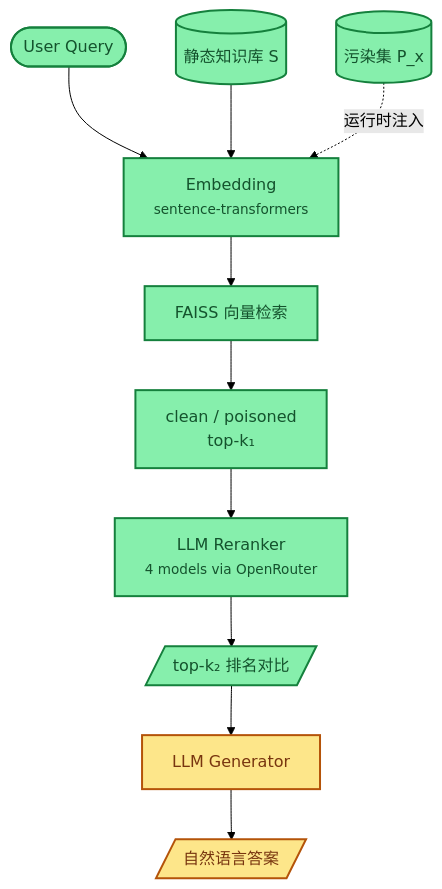
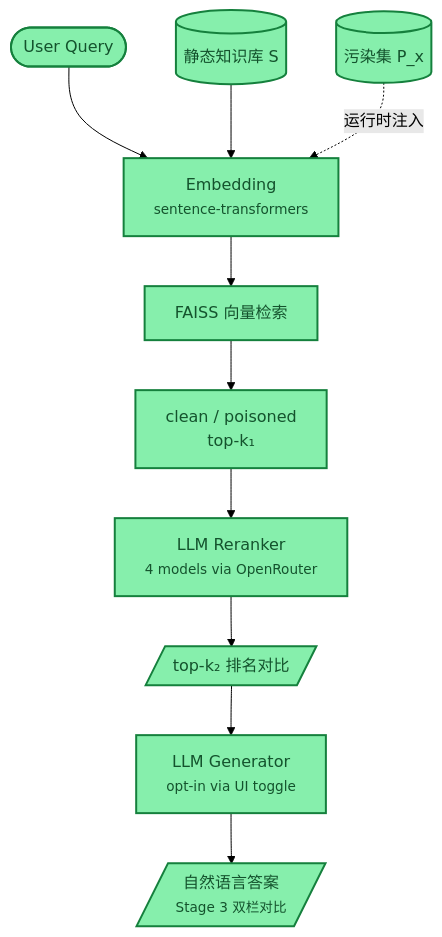
Before and after one commit to LiuJiLan/COMS4507-RAG-Poisoning-Demo: the second of 2 diagrams in README.cn.md, drawn with Mermaid (forest theme). The commit also changed other lines of this file and 1 other file, not shown here.

Commit message:
Detect LLM under-output in reranker; document findings

````diff
--- a/README.cn.md
+++ b/README.cn.md
@@ -83,24 +83,24 @@
 ```mermaid
 flowchart TB
     Q([User Query]):::done
     KB[(静态知识库 S)]:::done
     PX[(污染集 P_x)]:::done
 
     EMB["Embedding<br/><span style='font-size:0.85em'>sentence-transformers</span>"]:::done
     FAISS["FAISS 向量检索"]:::done
     K1["clean / poisoned<br/>top-k₁"]:::done
     RER["LLM Reranker<br/><span style='font-size:0.85em'>4 models via OpenRouter</span>"]:::done
-    GEN["LLM Generator"]:::progress
+    GEN["LLM Generator<br/><span style='font-size:0.85em'>opt-in via UI toggle</span>"]:::done
 
     K2[/"top-k₂ 排名对比"/]:::done
-    ANS[/"自然语言答案"/]:::progress
+    ANS[/"自然语言答案<br/><span style='font-size:0.85em'>Stage 3 双栏对比</span>"/]:::done
 
     Q --> EMB
     KB --> EMB
     PX -. 运行时注入 .-> EMB
     EMB --> FAISS --> K1 --> RER --> K2 --> GEN --> ANS
 
     classDef done fill:#86efac,stroke:#15803d,color:#14532d,stroke-width:2px
     classDef progress fill:#fde68a,stroke:#b45309,color:#78350f,stroke-width:2px
     classDef todo fill:#ffffff,stroke:#9ca3af,color:#374151,stroke-width:1.5px,stroke-dasharray:5 3
 ```
````
